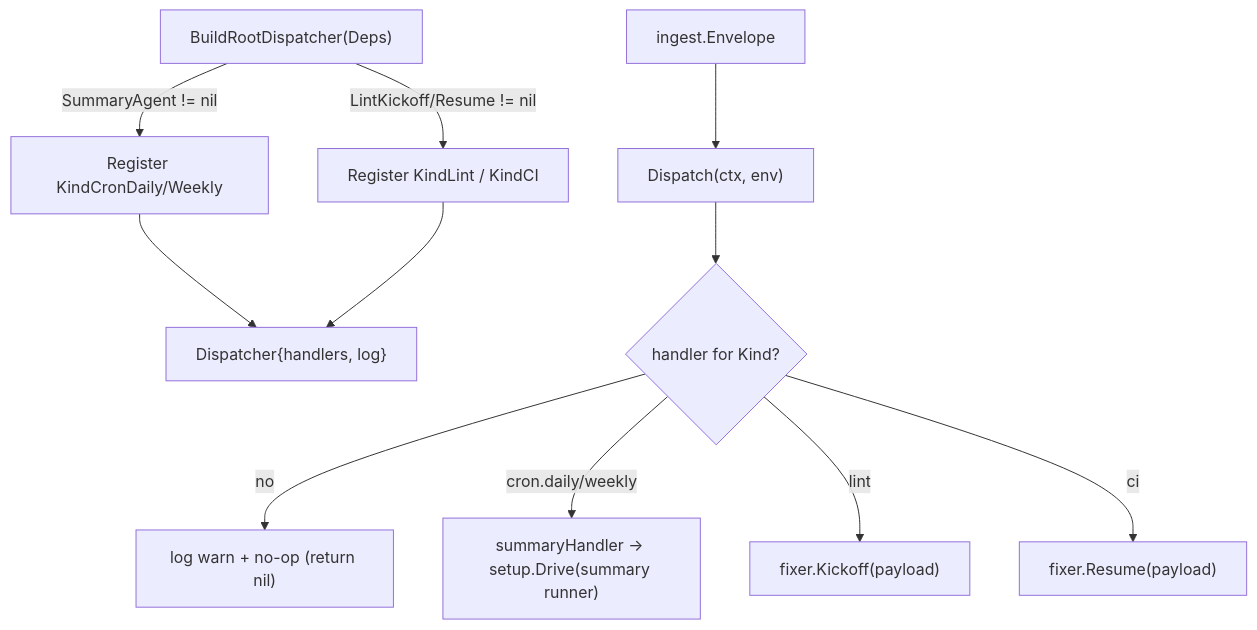
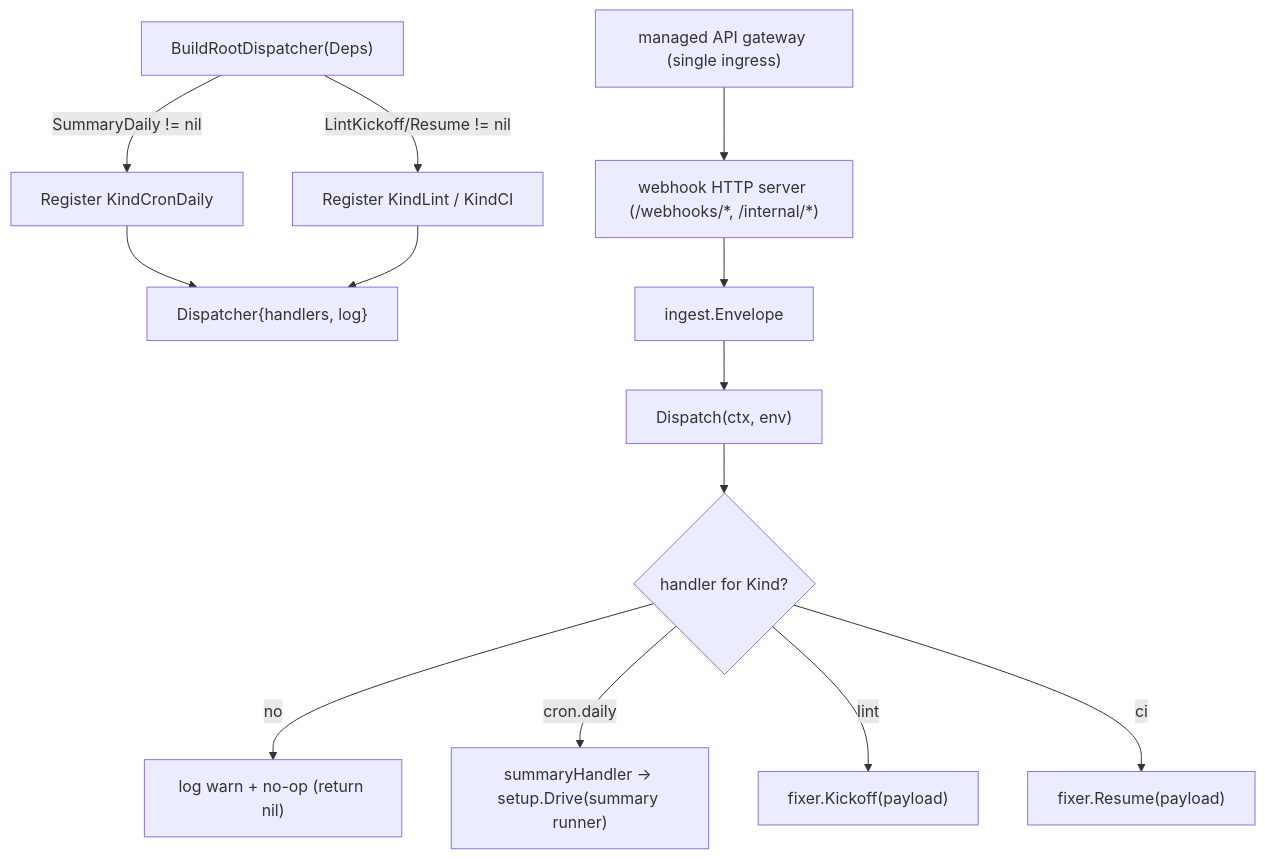
Before and after one commit to jkjamies/automation-agent: the diagram in go/internal/agent/root/AGENTS.md, drawn with Mermaid. The commit also changed other lines of this file and 98 other files, not shown here.

````diff
--- a/go/internal/agent/root/AGENTS.md
+++ b/go/internal/agent/root/AGENTS.md
@@ -7,13 +7,15 @@
 ```mermaid
 flowchart TD
-    Build["BuildRootDispatcher(Deps)"] -->|"SummaryAgent != nil"| RegC["Register KindCronDaily/Weekly"]
+    Build["BuildRootDispatcher(Deps)"] -->|"SummaryDaily != nil"| RegC["Register KindCronDaily"]
     Build -->|"LintKickoff/Resume != nil"| RegL["Register KindLint / KindCI"]
     RegC --> D["Dispatcher{handlers, log}"]
     RegL --> D
-    Env["ingest.Envelope"] --> Disp["Dispatch(ctx, env)"]
+    GW["managed API gateway (single ingress)"] --> Ing["webhook HTTP server (/webhooks/*, /internal/*)"]
+    Ing --> Env["ingest.Envelope"]
+    Env --> Disp["Dispatch(ctx, env)"]
     Disp --> M{"handler for Kind?"}
     M -->|no| Warn["log warn + no-op (return nil)"]
-    M -->|"cron.daily/weekly"| Sum["summaryHandler -> setup.Drive(summary runner)"]
+    M -->|"cron.daily"| Sum["summaryHandler -> setup.Drive(summary runner)"]
     M -->|lint| LK["fixer.Kickoff(payload)"]
     M -->|ci| LR["fixer.Resume(payload)"]
 ```
````
